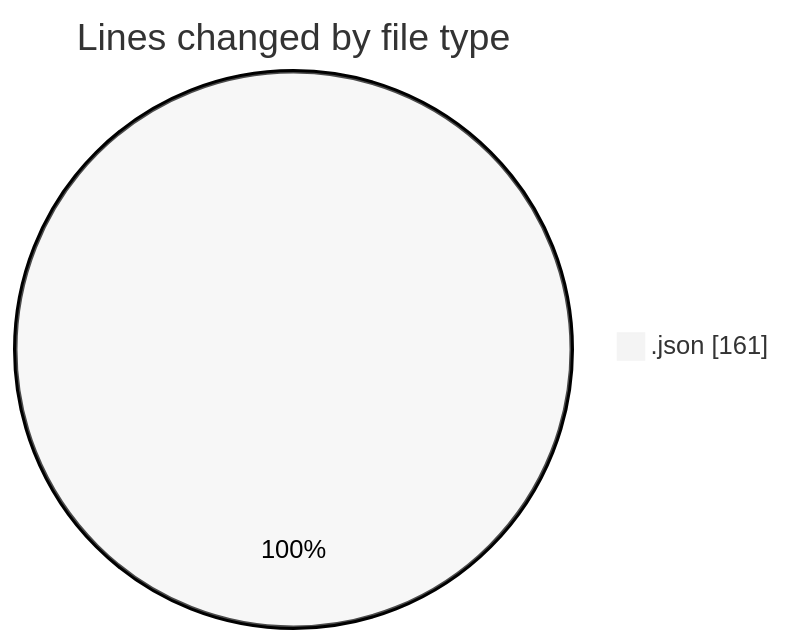
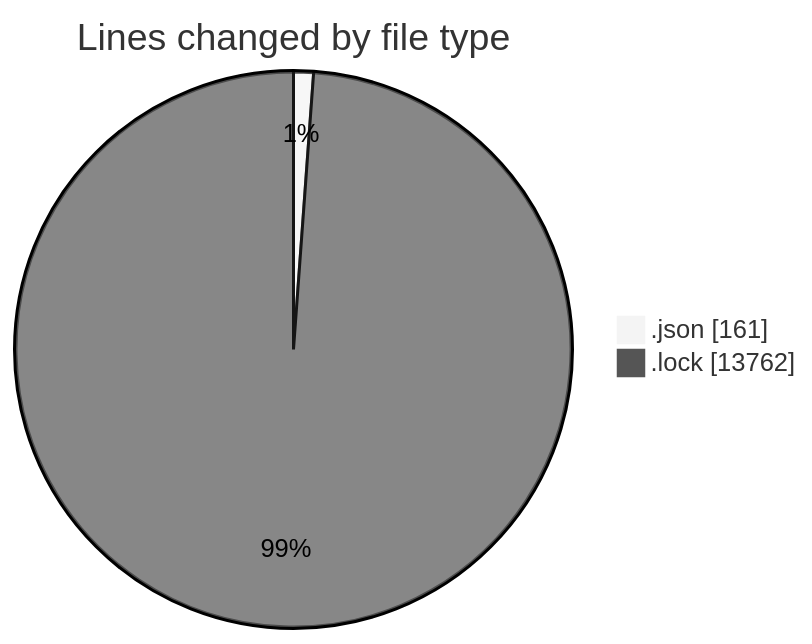
One commit to momahboobian/code-tracking changed the first of 2 diagrams in 2026-05-14/cda/README.md. Above: the diagram before and after it, drawn with Mermaid (neutral theme). The commit also changed other lines of this file and 1 other file, not shown here.

````diff
--- a/2026-05-14/cda/README.md
+++ b/2026-05-14/cda/README.md
@@ -21,5 +22,6 @@
 ```mermaid
 pie showData
 title Lines changed by file type
 ".json" : 161
+".lock" : 13762
 ```
````
